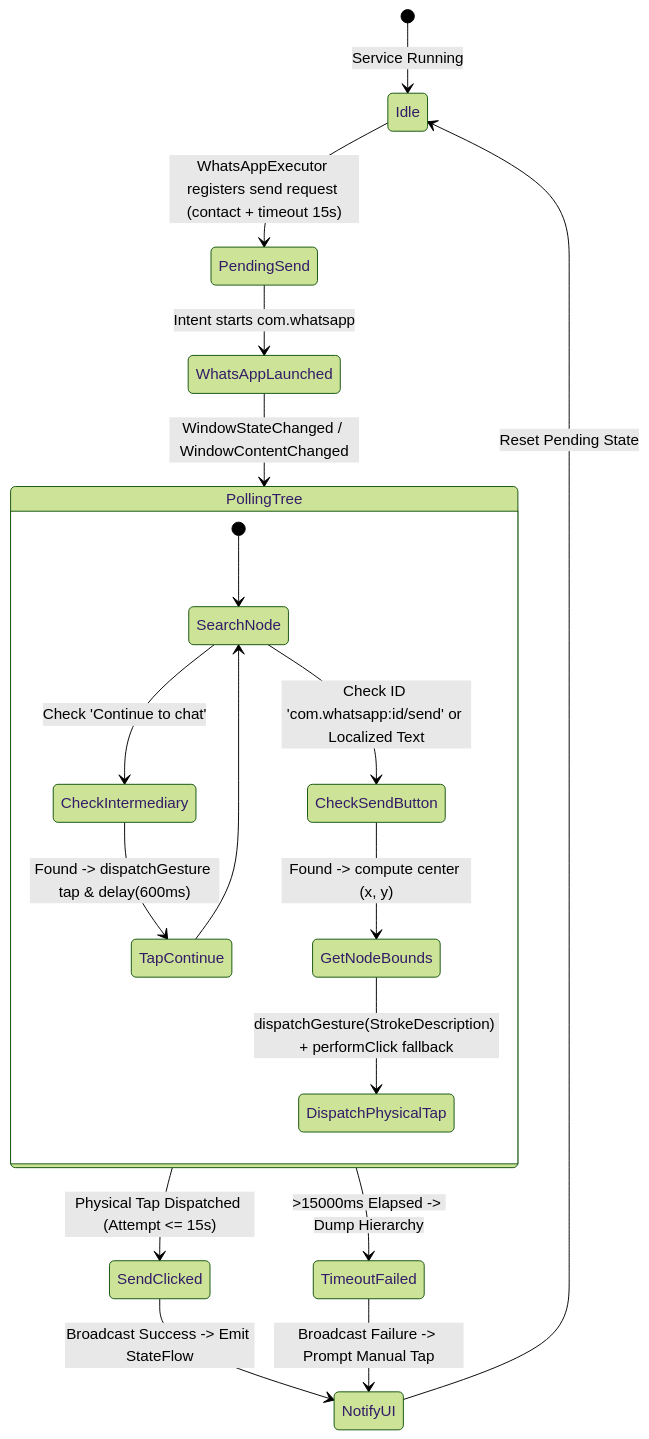
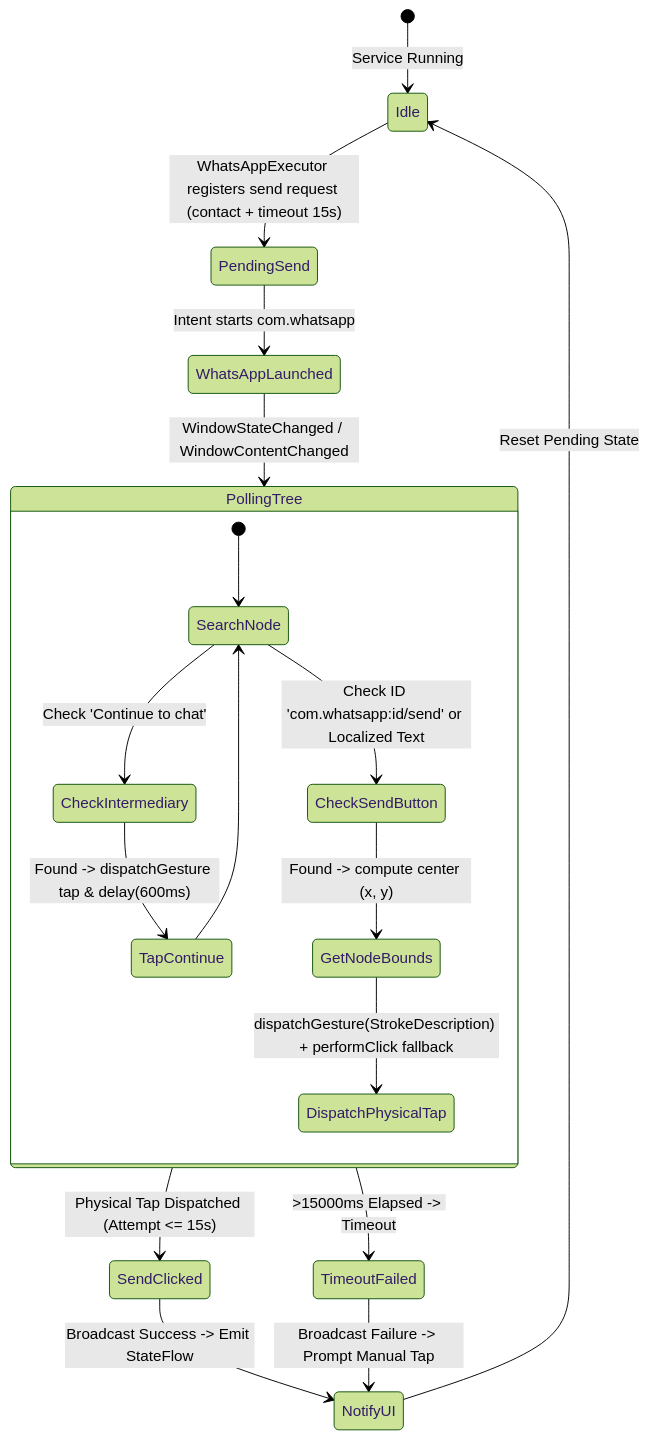
One commit to gintama1018/ANDROID-CLI-APPLICATION changed the second of 2 diagrams in README.md. Above: the diagram before and after it, drawn with Mermaid (forest theme). The commit also changed other lines of this file and 25 other files, not shown here.

````diff
--- a/README.md
+++ b/README.md
@@ -108,26 +114,26 @@
 ```mermaid
 stateDiagram-v2
     [*] --> Idle: Service Running
     Idle --> PendingSend: WhatsAppExecutor registers send request (contact + timeout 15s)
     PendingSend --> WhatsAppLaunched: Intent starts com.whatsapp
     WhatsAppLaunched --> PollingTree: WindowStateChanged / WindowContentChanged
     
     state PollingTree {
         [*] --> SearchNode
         SearchNode --> CheckIntermediary: Check 'Continue to chat'
         CheckIntermediary --> TapContinue: Found -> dispatchGesture tap & delay(600ms)
         TapContinue --> SearchNode
         
         SearchNode --> CheckSendButton: Check ID 'com.whatsapp:id/send' or Localized Text
         CheckSendButton --> GetNodeBounds: Found -> compute center (x, y)
         GetNodeBounds --> DispatchPhysicalTap: dispatchGesture(StrokeDescription) + performClick fallback
     }
     
     PollingTree --> SendClicked: Physical Tap Dispatched (Attempt <= 15s)
-    PollingTree --> TimeoutFailed: >15000ms Elapsed -> Dump Hierarchy
+    PollingTree --> TimeoutFailed: >15000ms Elapsed -> Timeout
     
     SendClicked --> NotifyUI: Broadcast Success -> Emit StateFlow
     TimeoutFailed --> NotifyUI: Broadcast Failure -> Prompt Manual Tap
     
     NotifyUI --> Idle: Reset Pending State
 ```
````
